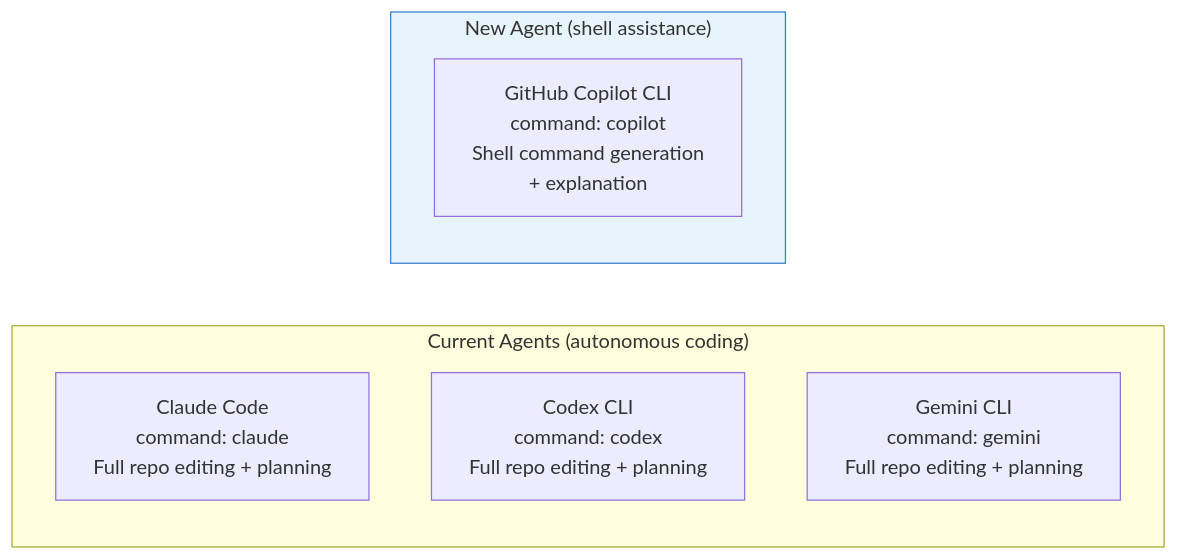
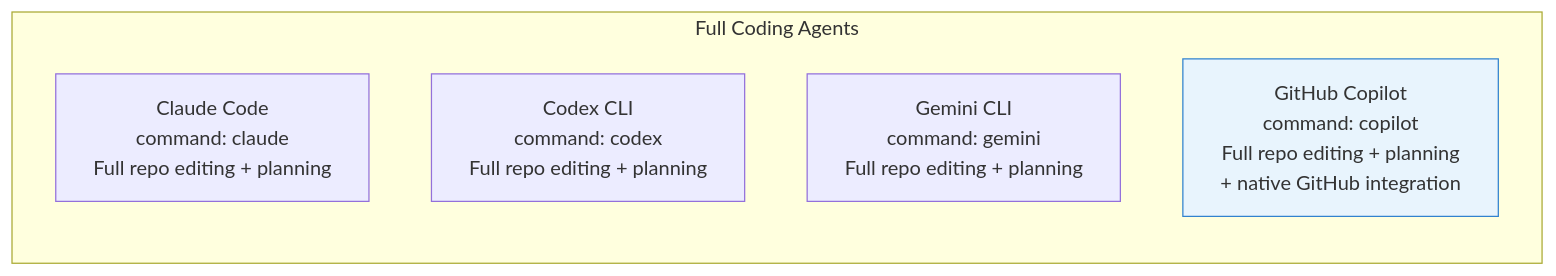
Before and after one commit to mikecubed/parallel-code: the first of 3 diagrams in docs/plans/2026-03-01-copilot-cli-agent-plan.md, drawn with Mermaid. The commit also changed other lines of this file and 1 other file, not shown here.

Commit message:
feat: add GitHub Copilot as a first-class coding agent

````diff
--- a/docs/plans/2026-03-01-copilot-cli-agent-plan.md
+++ b/docs/plans/2026-03-01-copilot-cli-agent-plan.md
@@ -38,14 +39,11 @@
 ```mermaid
 flowchart LR
-    subgraph Current["Current Agents (autonomous coding)"]
+    subgraph Agents["Full Coding Agents"]
         CC["Claude Code\ncommand: claude\nFull repo editing + planning"]
         CX["Codex CLI\ncommand: codex\nFull repo editing + planning"]
         GC["Gemini CLI\ncommand: gemini\nFull repo editing + planning"]
+        CP["GitHub Copilot\ncommand: copilot\nFull repo editing + planning\n+ native GitHub integration"]
     end
 
-    subgraph New["New Agent (shell assistance)"]
-        CP["GitHub Copilot CLI\ncommand: copilot\nShell command generation\n+ explanation"]
-    end
-
-    style New fill:#e8f4fd,stroke:#3182ce
+    style CP fill:#e8f4fd,stroke:#3182ce
 ```
````
